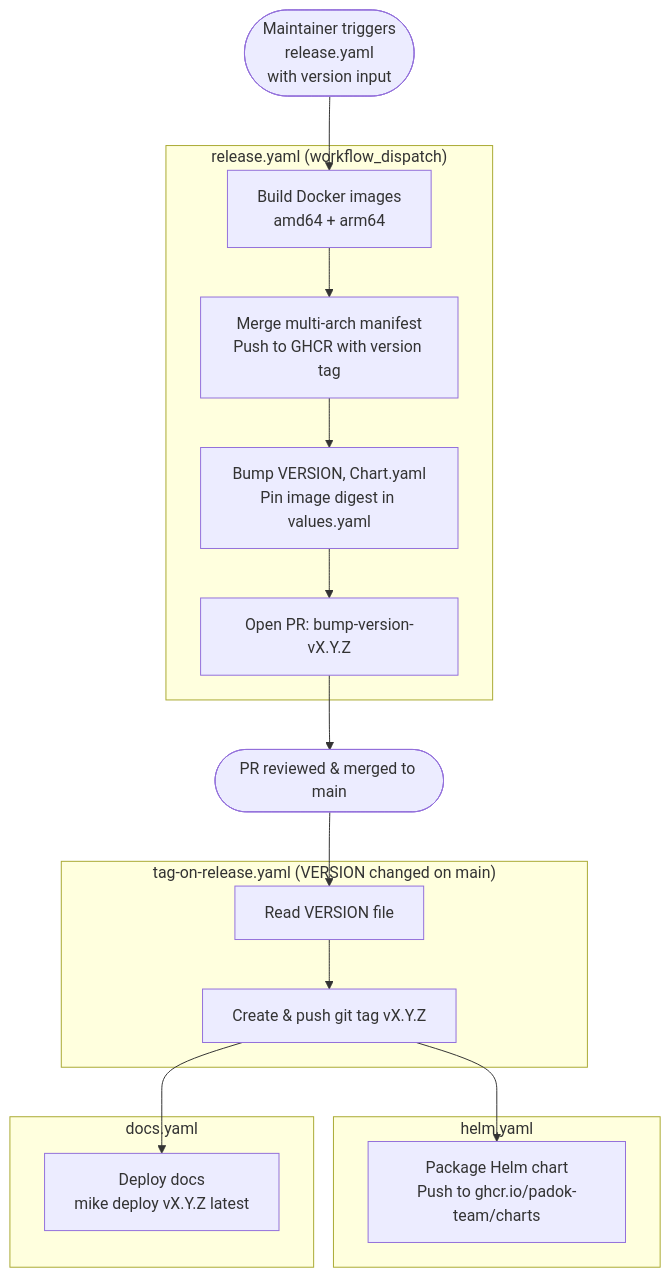
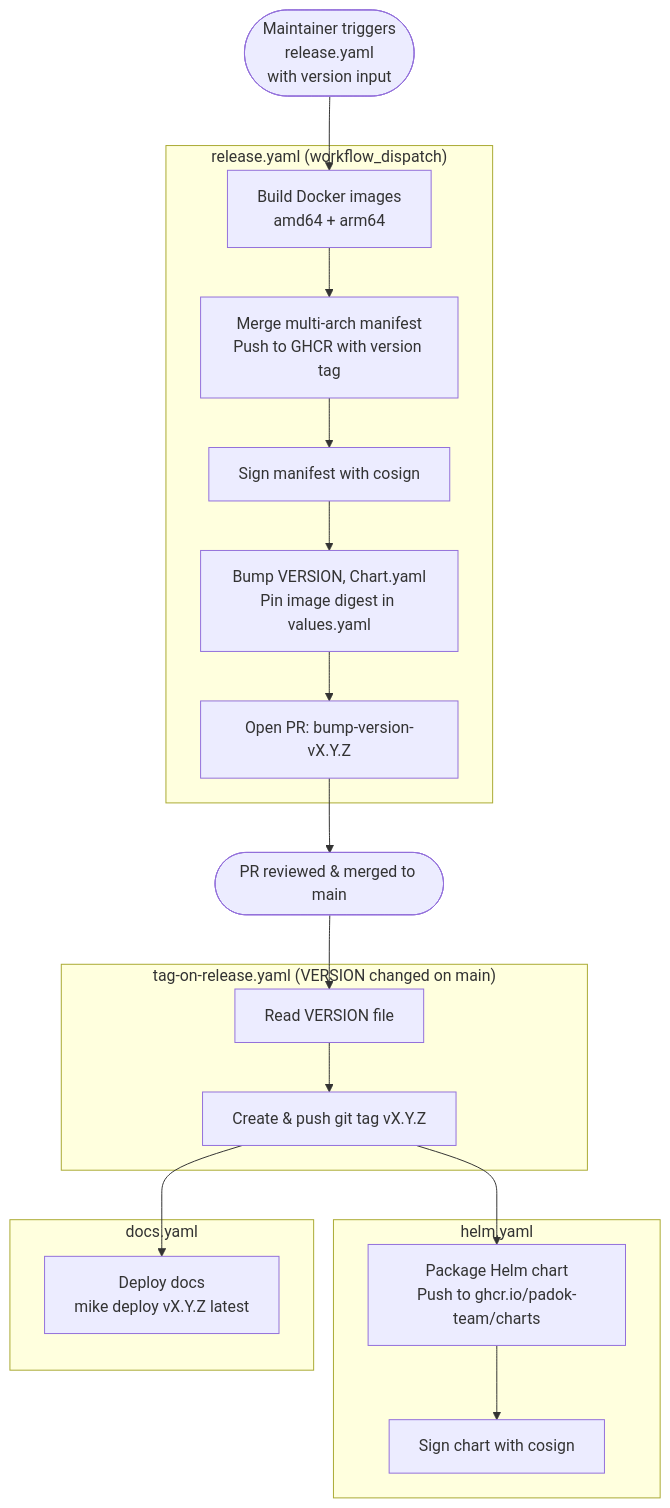
The diagram in docs/contributing/cicd.md (padok-team/burrito), drawn with Mermaid before and after one commit. The commit also changed other lines of this file and 7 other files, not shown here.

First line of the commit message:
feat(ci): sign images and charts (#944)

````diff
--- a/docs/contributing/cicd.md
+++ b/docs/contributing/cicd.md
@@ -45,30 +45,32 @@
 ```mermaid
 flowchart TD
     A([Maintainer triggers\nrelease.yaml\nwith version input]) --> B
 
     subgraph release ["release.yaml (workflow_dispatch)"]
         B[Build Docker images\namd64 + arm64] --> C
-        C[Merge multi-arch manifest\nPush to GHCR with version tag] --> D
+        C[Merge multi-arch manifest\nPush to GHCR with version tag] --> C2
+        C2[Sign manifest with cosign] --> D
         D[Bump VERSION, Chart.yaml\nPin image digest in values.yaml] --> E
         E[Open PR: bump-version-vX.Y.Z]
     end
 
     E --> F([PR reviewed & merged to main])
 
     F --> G
 
     subgraph tagging ["tag-on-release.yaml (VERSION changed on main)"]
         G[Read VERSION file] --> H
         H[Create & push git tag vX.Y.Z]
     end
 
     H --> I & J
 
     subgraph helm ["helm.yaml"]
-        I[Package Helm chart\nPush to ghcr.io/padok-team/charts]
+        I[Package Helm chart\nPush to ghcr.io/padok-team/charts] --> I2
+        I2[Sign chart with cosign]
     end
 
     subgraph docsw ["docs.yaml"]
         J[Deploy docs\nmike deploy vX.Y.Z latest]
     end
 ```
````
